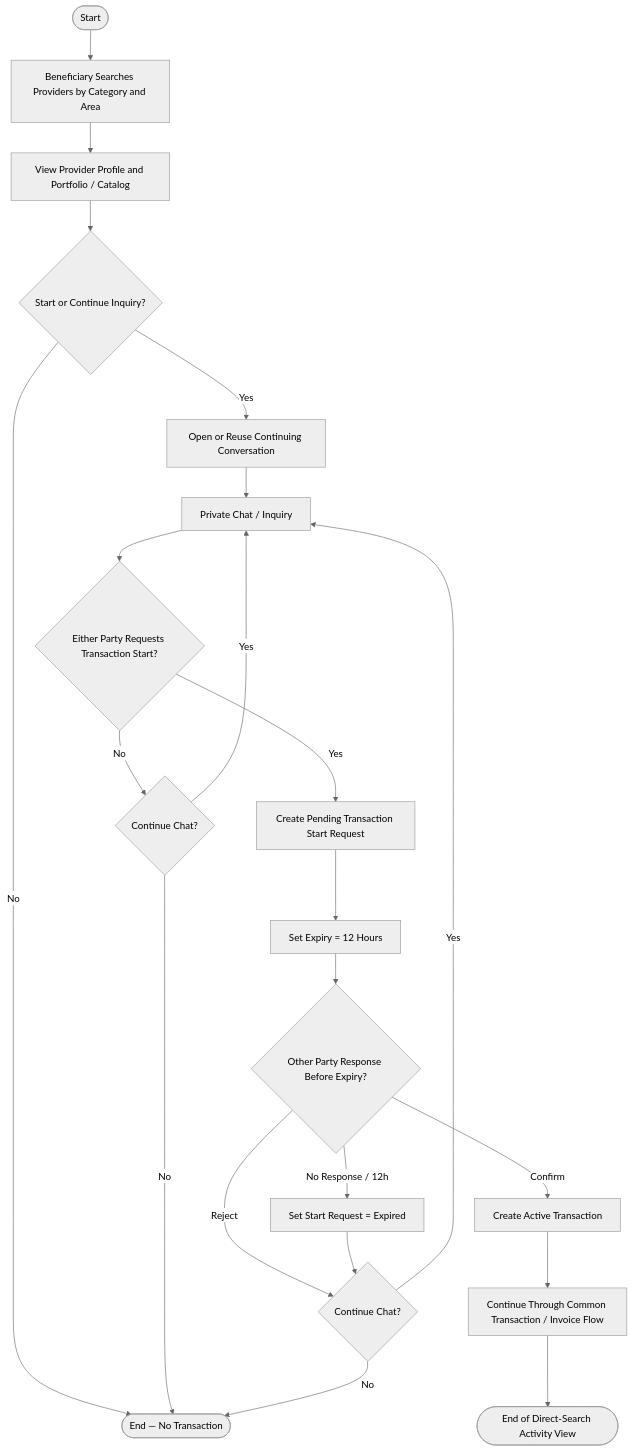
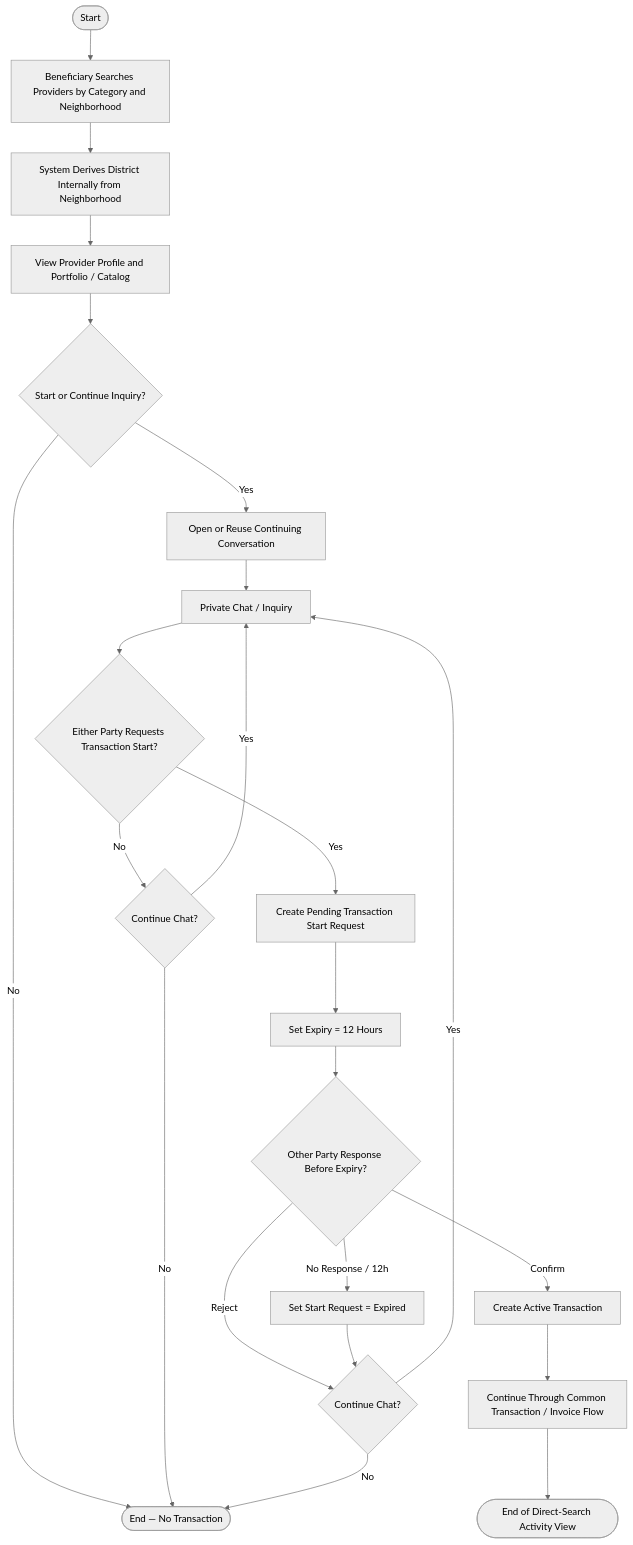
Before and after one commit to Yadd-SanaaUniversityGraduationProject/yadd: the diagram in diagrams/03-analysis/uml/activity/activity-direct-search-route.md, drawn with Mermaid (neutral theme). The commit also changed other lines of this file, not shown here.

Commit message:
Synchronize direct-search activity with current location UI model

````diff
--- a/diagrams/03-analysis/uml/activity/activity-direct-search-route.md
+++ b/diagrams/03-analysis/uml/activity/activity-direct-search-route.md
@@ -15,27 +15,28 @@
 ```mermaid
 flowchart TD
-    S([Start]) --> A[Beneficiary Searches Providers by Category and Area]
-    A --> B[View Provider Profile and Portfolio / Catalog]
+    S([Start]) --> A[Beneficiary Searches Providers by Category and Neighborhood]
+    A --> A1[System Derives District Internally from Neighborhood]
+    A1 --> B[View Provider Profile and Portfolio / Catalog]
     B --> C{Start or Continue Inquiry?}
     C -- No --> Z([End — No Transaction])
     C -- Yes --> D[Open or Reuse Continuing Conversation]
     D --> D1[Private Chat / Inquiry]
 
     D1 --> E{Either Party Requests Transaction Start?}
     E -- No --> F{Continue Chat?}
     F -- Yes --> D1
     F -- No --> Z
 
     E -- Yes --> G[Create Pending Transaction Start Request]
     G --> G1[Set Expiry = 12 Hours]
     G1 --> H{Other Party Response Before Expiry?}
     H -- Confirm --> I[Create Active Transaction]
     I --> J[Continue Through Common Transaction / Invoice Flow]
     J --> ZE([End of Direct-Search Activity View])
 
     H -- Reject --> K{Continue Chat?}
     H -- No Response / 12h --> X[Set Start Request = Expired]
     X --> K
     K -- Yes --> D1
     K -- No --> Z
 ```
````
